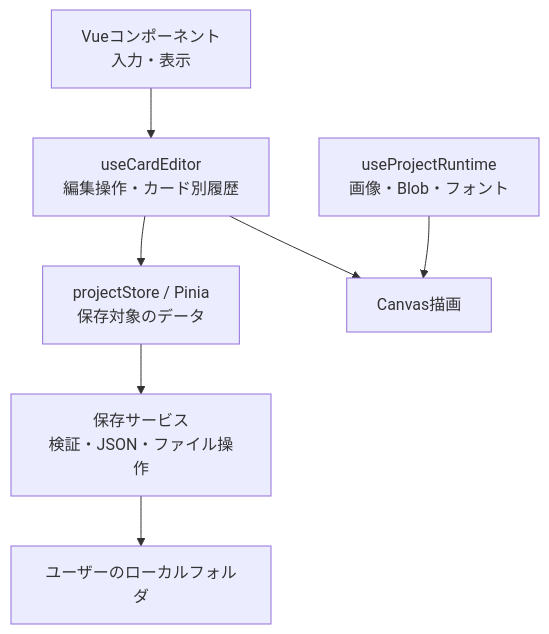
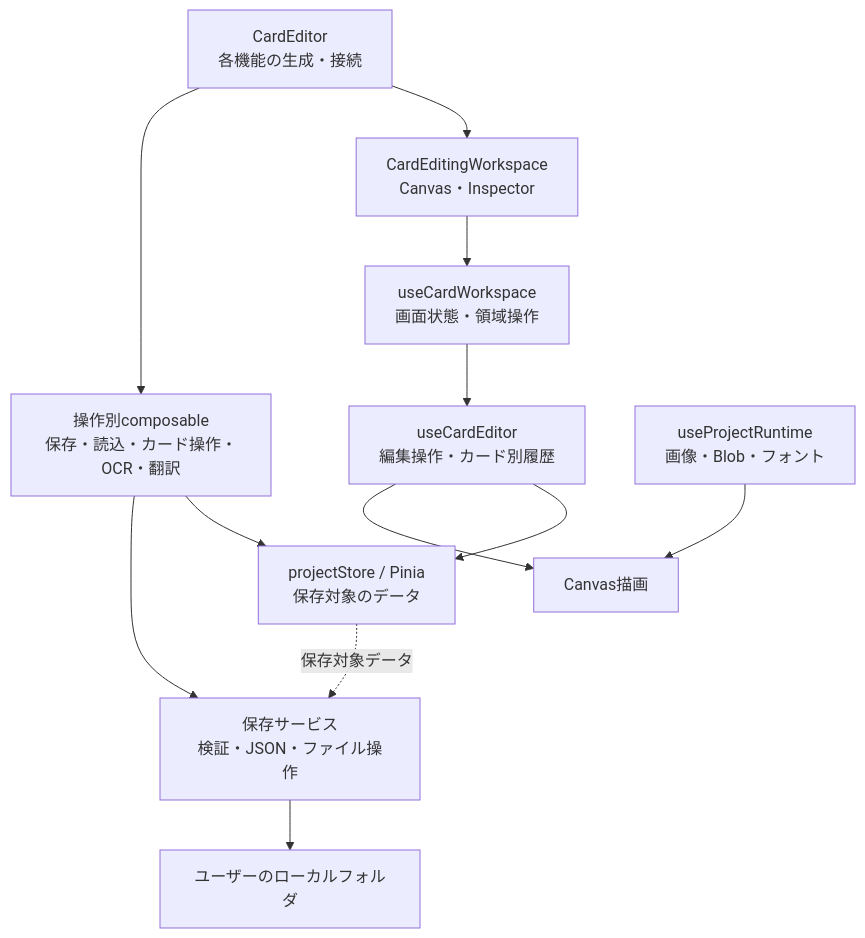
The diagram in docs/architecture-guide.md (happylifetaka/happy-locale), drawn with Mermaid before and after one commit. The commit also changed other lines of this file and 1 other file, not shown here.

Commit message:
docs: align architecture references with current feature boundaries

````diff
--- a/docs/architecture-guide.md
+++ b/docs/architecture-guide.md
@@ -7,9 +9,14 @@
 ```mermaid
 flowchart TD
-    UI["Vueコンポーネント<br/>入力・表示"] --> Editor["useCardEditor<br/>編集操作・カード別履歴"]
+    Root["CardEditor<br/>各機能の生成・接続"] --> UI["CardEditingWorkspace<br/>Canvas・Inspector"]
+    Root --> Operations["操作別composable<br/>保存・読込・カード操作・OCR・翻訳"]
+    UI --> Workspace["useCardWorkspace<br/>画面状態・領域操作"]
+    Workspace --> Editor["useCardEditor<br/>編集操作・カード別履歴"]
     Editor --> Store["projectStore / Pinia<br/>保存対象のデータ"]
-    Store --> Save["保存サービス<br/>検証・JSON・ファイル操作"]
+    Operations --> Store
+    Operations --> Save["保存サービス<br/>検証・JSON・ファイル操作"]
+    Store -. 保存対象データ .-> Save
     Save --> Disk["ユーザーのローカルフォルダ"]
     Editor --> Canvas["Canvas描画"]
     Runtime["useProjectRuntime<br/>画像・Blob・フォント"] --> Canvas
 ```
````
